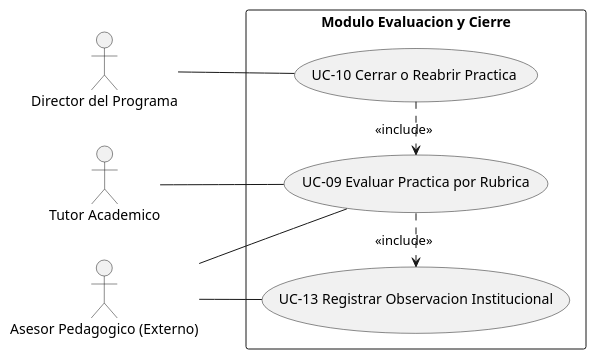
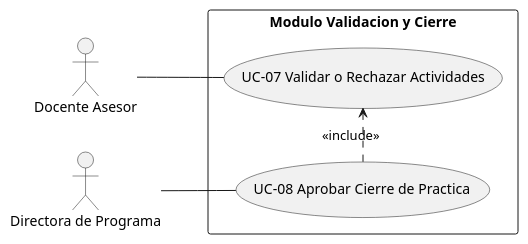
The diagram in documentacion/casos_de_uso/DIAGRAMA_CASOS_USO_EVALUACION_CIERRE.puml (rcarreno4-dot/sigpra), drawn with PlantUML before and after one commit. The commit also changed 71 other files, not shown here.

```diff
--- a/documentacion/casos_de_uso/DIAGRAMA_CASOS_USO_EVALUACION_CIERRE.puml
+++ b/documentacion/casos_de_uso/DIAGRAMA_CASOS_USO_EVALUACION_CIERRE.puml
@@ -1,24 +1,19 @@
 @startuml
 left to right direction
 skinparam packageStyle rectangle
 skinparam shadowing false
 
-actor "Tutor Academico" as Tutor
-actor "Director del Programa" as Director
-actor "Asesor Pedagogico (Externo)" as Asesor
+actor "Docente Asesor" as Docente
+actor "Directora de Programa" as Directora
 
-rectangle "Modulo Evaluacion y Cierre" {
-  usecase "UC-09 Evaluar Practica por Rubrica" as UC09
-  usecase "UC-10 Cerrar o Reabrir Practica" as UC10
-  usecase "UC-13 Registrar Observacion Institucional" as UC13
+rectangle "Modulo Validacion y Cierre" {
+  usecase "UC-07 Validar o Rechazar Actividades" as UC07
+  usecase "UC-08 Aprobar Cierre de Practica" as UC08
 }
 
-Tutor -- UC09
-Director -- UC10
-Asesor -- UC13
-Asesor -- UC09
+Docente -- UC07
+Directora -- UC08
 
-UC10 .> UC09 : <<include>>
-UC09 .> UC13 : <<include>>
+UC08 .> UC07 : <<include>>
 
 @enduml
```
